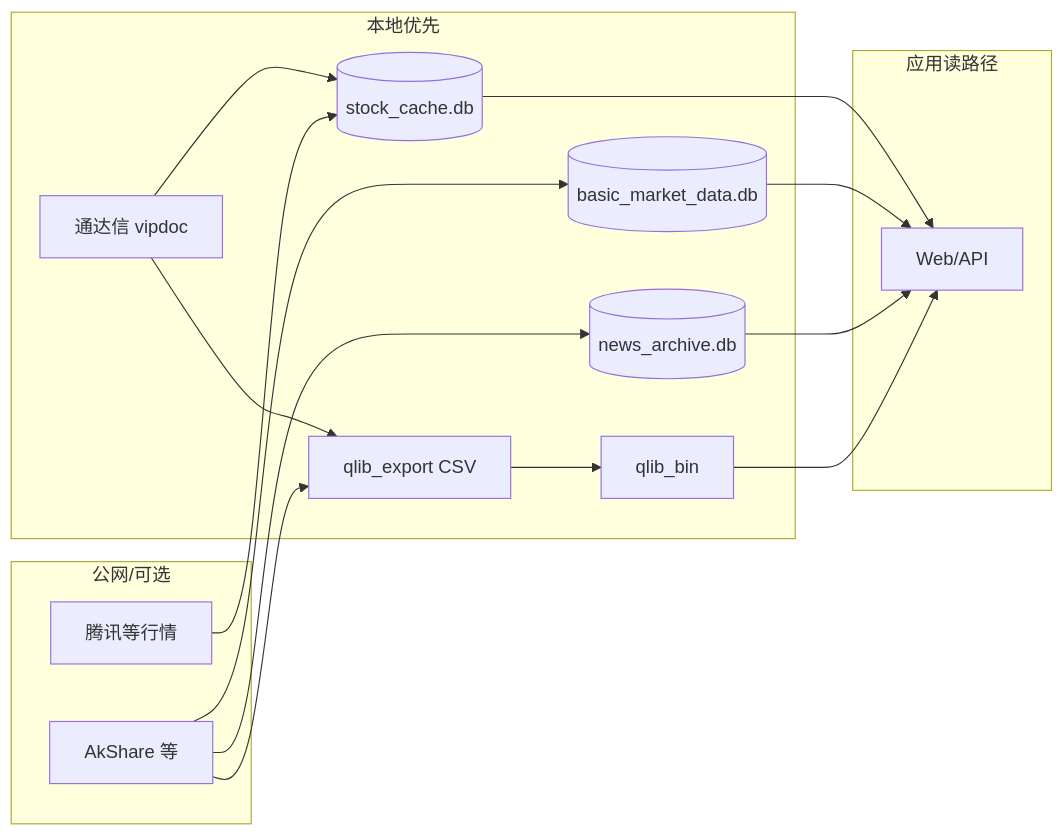
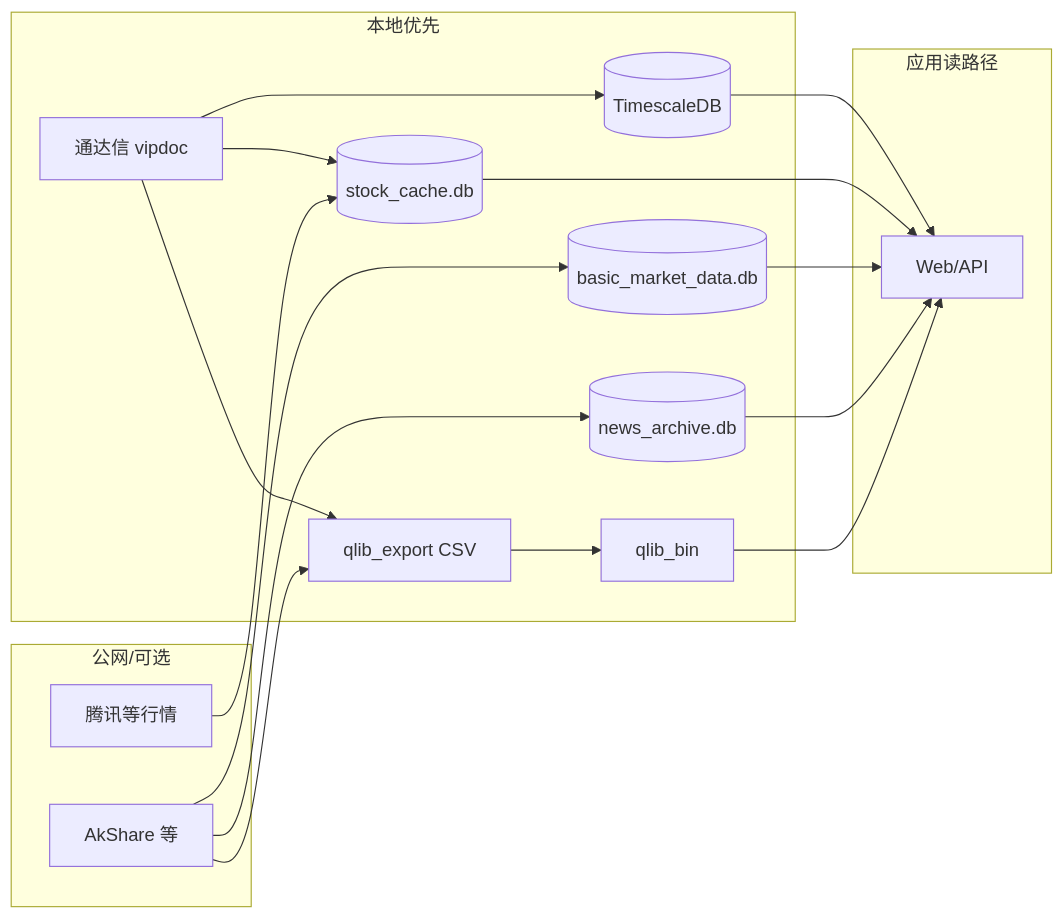
One commit to dawn2004cn/quant-atlas changed the diagram in docs/DATA_FLOW.md. Above: the diagram before and after it, drawn with Mermaid. The commit also changed other lines of this file and 285 other files, not shown here.

````diff
--- a/docs/DATA_FLOW.md
+++ b/docs/DATA_FLOW.md
@@ -26,29 +26,32 @@
 ```mermaid
 flowchart LR
   subgraph remote [公网/可选]
     AK[AkShare 等]
     TX[腾讯等行情]
   end
   subgraph local [本地优先]
     TDX[通达信 vipdoc]
+    TS[(TimescaleDB)]
     SC[(stock_cache.db)]
     BM[(basic_market_data.db)]
     NA[(news_archive.db)]
     CSV[qlib_export CSV]
     BIN[qlib_bin]
   end
   subgraph app [应用读路径]
     WEB[Web/API]
   end
+  TDX --> TS
   TDX --> SC
   TX --> SC
   AK --> BM
   AK --> NA
   TDX --> CSV
   AK --> CSV
   CSV --> BIN
+  TS --> WEB
   SC --> WEB
   BM --> WEB
   NA --> WEB
   BIN --> WEB
 ```
````
